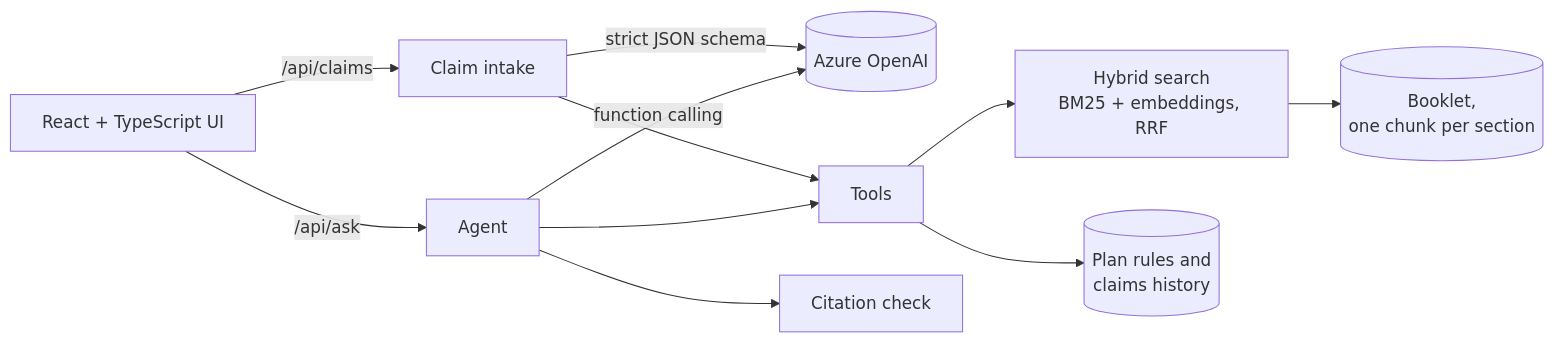
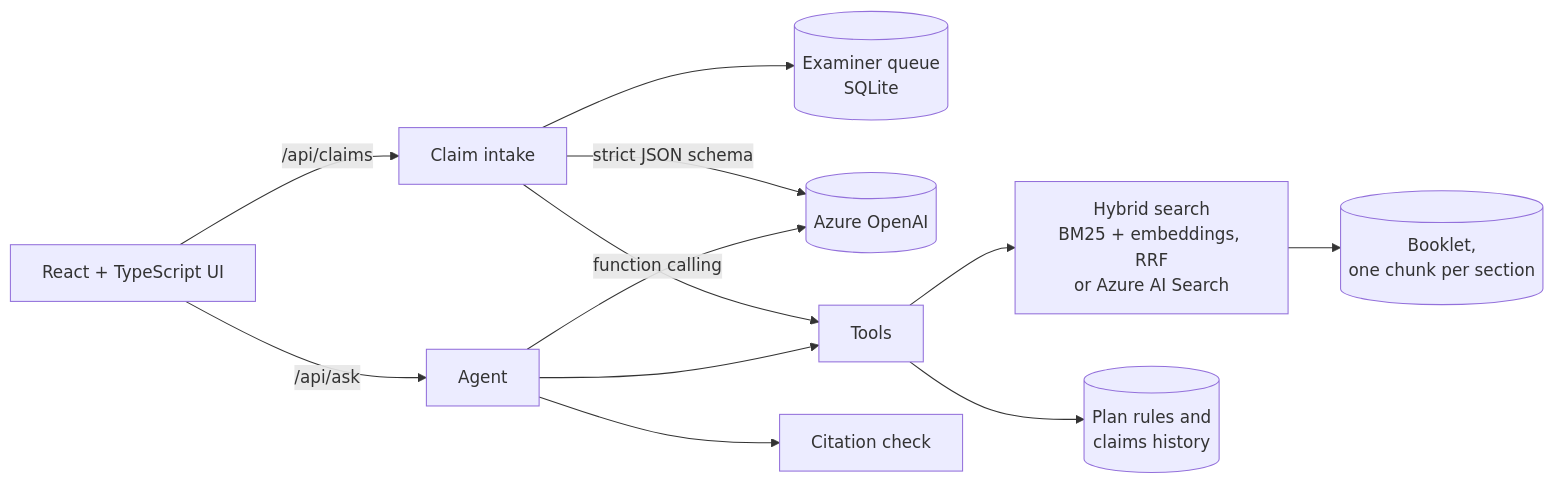
One commit to ak-user/claimdesk changed the diagram in README.md. Above: the diagram before and after it, drawn with Mermaid. The commit also changed other lines of this file and 7 other files, not shown here.

````diff
--- a/README.md
+++ b/README.md
@@ -37,13 +46,14 @@
 ```mermaid
 flowchart LR
   UI[React + TypeScript UI] -->|/api/ask| Agent
   UI -->|/api/claims| Intake[Claim intake]
+  Intake --> Queue[(Examiner queue<br/>SQLite)]
   Agent -->|function calling| LLM[(Azure OpenAI)]
   Intake -->|strict JSON schema| LLM
   Agent --> Tools
   Intake --> Tools
-  Tools --> Search[Hybrid search<br/>BM25 + embeddings, RRF]
+  Tools --> Search[Hybrid search<br/>BM25 + embeddings, RRF<br/>or Azure AI Search]
   Tools --> Rules[(Plan rules and<br/>claims history)]
   Search --> Booklet[(Booklet,<br/>one chunk per section)]
   Agent --> Check[Citation check]
 ```
````
